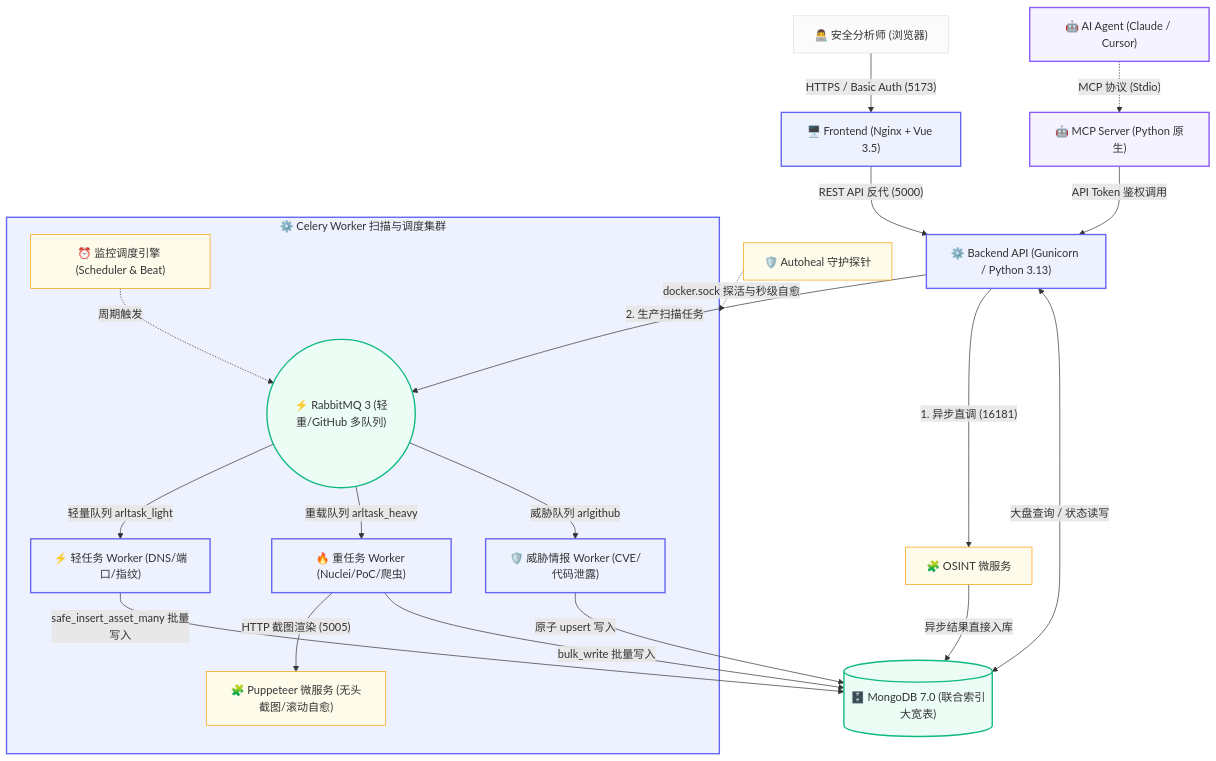
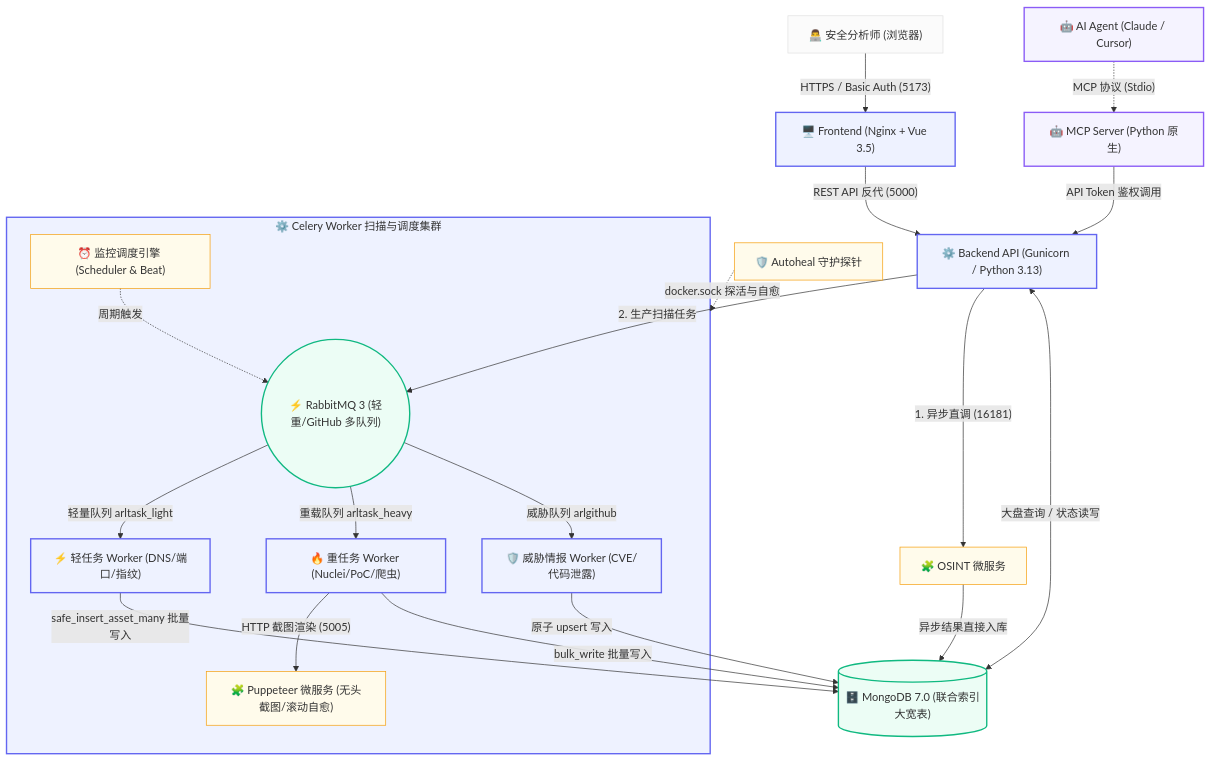
Before and after one commit to Kano882/ARL-Next: the diagram in README.md, drawn with Mermaid. The commit also changed other lines of this file, not shown here.

````diff
--- a/README.md
+++ b/README.md
@@ -123,44 +123,44 @@
 ```mermaid
 graph TD
     %% 1. 接入层
     User["👨‍💻 安全分析师 (浏览器)"] -->|"HTTPS / Basic Auth (5173)"| Nginx["🖥️ Frontend (Nginx + Vue 3.5)"]
     Agent["🤖 AI Agent (Claude / Cursor)"] -.->|"MCP 协议 (Stdio)"| MCP["🤖 MCP Server (Python 原生)"]
 
     %% 2. API 网关层
     Nginx -->|"REST API 反代 (5000)"| Backend["⚙️ Backend API (Gunicorn / Python 3.13)"]
     MCP -->|"API Token 鉴权调用"| Backend
 
     %% 3. 调度与任务分流 (双轨解耦)
     Backend -->|"1. 异步直调 (16181)"| OSINT["🧩 OSINT 微服务"]
     Backend -->|"2. 生产扫描任务"| MQ(("⚡ RabbitMQ 3 (轻重/GitHub 多队列)"))
 
     %% 4. Celery Worker 扫描计算集群
     subgraph WorkerCluster ["⚙️ Celery Worker 扫描与调度集群"]
         MQ -->|"轻量队列 arltask_light"| W_Light["⚡ 轻任务 Worker (DNS/端口/指纹)"]
         MQ -->|"重载队列 arltask_heavy"| W_Heavy["🔥 重任务 Worker (Nuclei/PoC/爬虫)"]
         MQ -->|"威胁队列 arlgithub"| W_Git["🛡️ 威胁情报 Worker (CVE/代码泄露)"]
         
         Scheduler["⏰ 监控调度引擎 (Scheduler & Beat)"] -.->|"周期触发"| MQ
         W_Heavy -->|"HTTP 截图渲染 (5005)"| Puppeteer["🧩 Puppeteer 微服务 (无头截图/滚动自愈)"]
     end
 
-    %% 5. 数据统一落库 (从上往下自然汇聚，彻底杜绝线条交叉穿透)
+    %% 5. 数据统一落库 (从上往下自然汇聚分流)
     Backend <-->|"大盘查询 / 状态读写"| DB[("🗄️ MongoDB 7.0 (联合索引大宽表)")]
     OSINT -->|"异步结果直接入库"| DB
     W_Light -->|"safe_insert_asset_many 批量写入"| DB
     W_Heavy -->|"bulk_write 批量写入"| DB
     W_Git -->|"原子 upsert 写入"| DB
 
-    Autoheal["🛡️ Autoheal 守护探针"] -.->|"docker.sock 探活与秒级自愈"| WorkerCluster
+    Autoheal["🛡️ Autoheal 守护探针"] -.->|"docker.sock 探活与自愈"| WorkerCluster
 
     classDef default fill:#fbfbfb,stroke:#e0e0e0,stroke-width:1px;
     classDef core fill:#eef2ff,stroke:#6366f1,stroke-width:2px;
     classDef ai fill:#f5f3ff,stroke:#8b5cf6,stroke-width:2px;
     classDef db fill:#ecfdf5,stroke:#10b981,stroke-width:2px;
     classDef micro fill:#fffbeb,stroke:#f59e0b,stroke-width:1px;
     
     class Nginx,Backend,WorkerCluster,W_Light,W_Heavy,W_Git core;
     class Agent,MCP ai;
     class DB,MQ db;
     class OSINT,Puppeteer,Autoheal,Scheduler micro;
 ```
````
